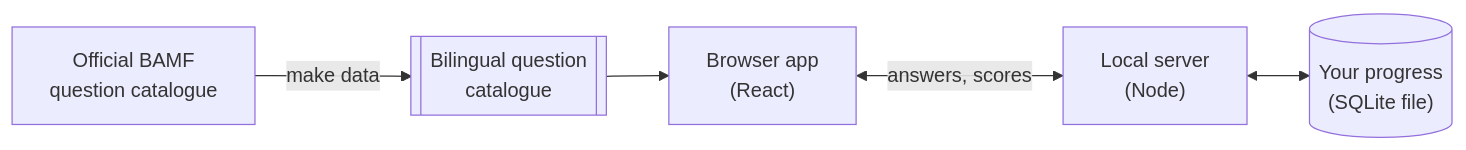
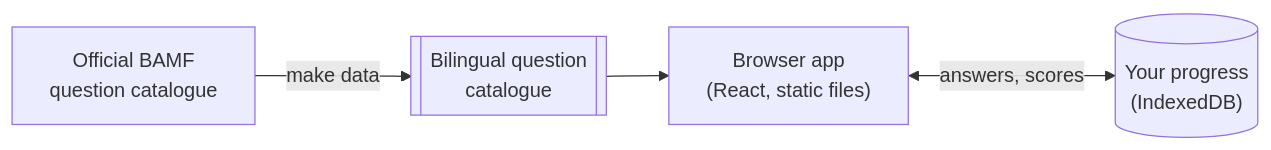
One commit to IndrajeetPatil/einbuergerungstest changed the first of 2 diagrams in README.md. Above: the diagram before and after it, drawn with Mermaid. The commit also changed other lines of this file and 66 other files, not shown here.

Commit message:
feat!: run as a static site on GitHub Pages with progress in IndexedDB (#10)

````diff
--- a/README.md
+++ b/README.md
@@ -36,7 +42,6 @@
 ```mermaid
 flowchart LR
   BAMF["Official BAMF<br/>question catalogue"] -- "make data" --> Catalogue[["Bilingual question<br/>catalogue"]]
-  Catalogue --> App["Browser app<br/>(React)"]
-  App <-- "answers, scores" --> Server["Local server<br/>(Node)"]
-  Server <--> DB[("Your progress<br/>(SQLite file)")]
+  Catalogue --> App["Browser app<br/>(React, static files)"]
+  App <-- "answers, scores" --> DB[("Your progress<br/>(IndexedDB)")]
 ```
````
